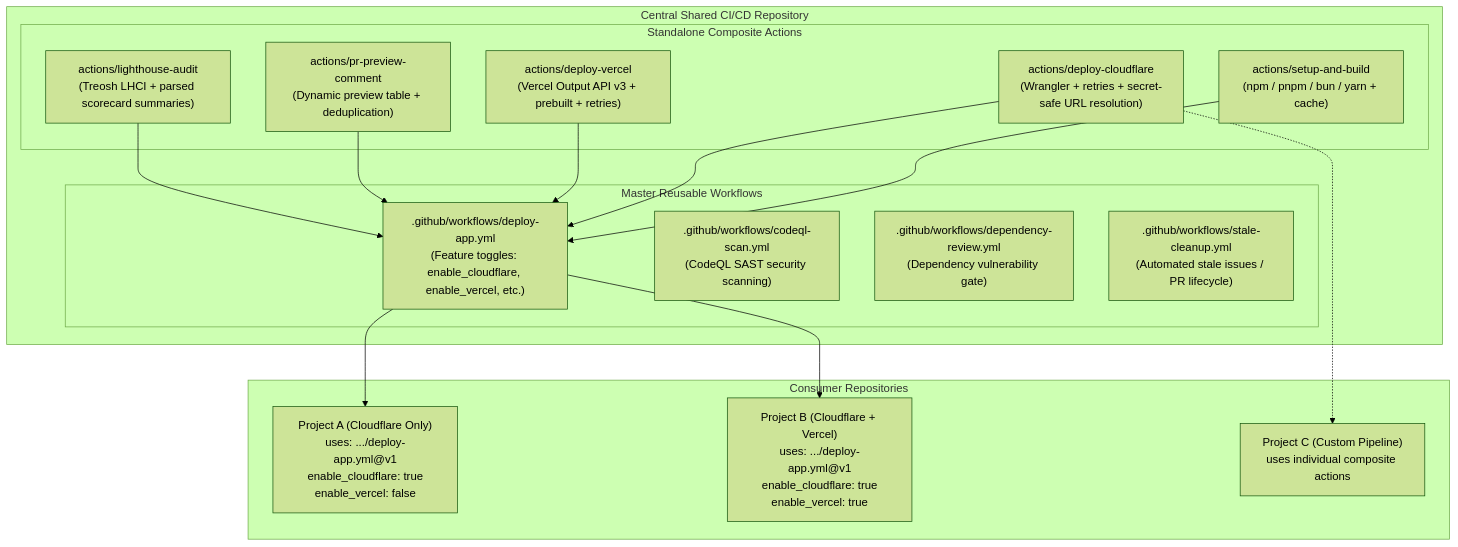
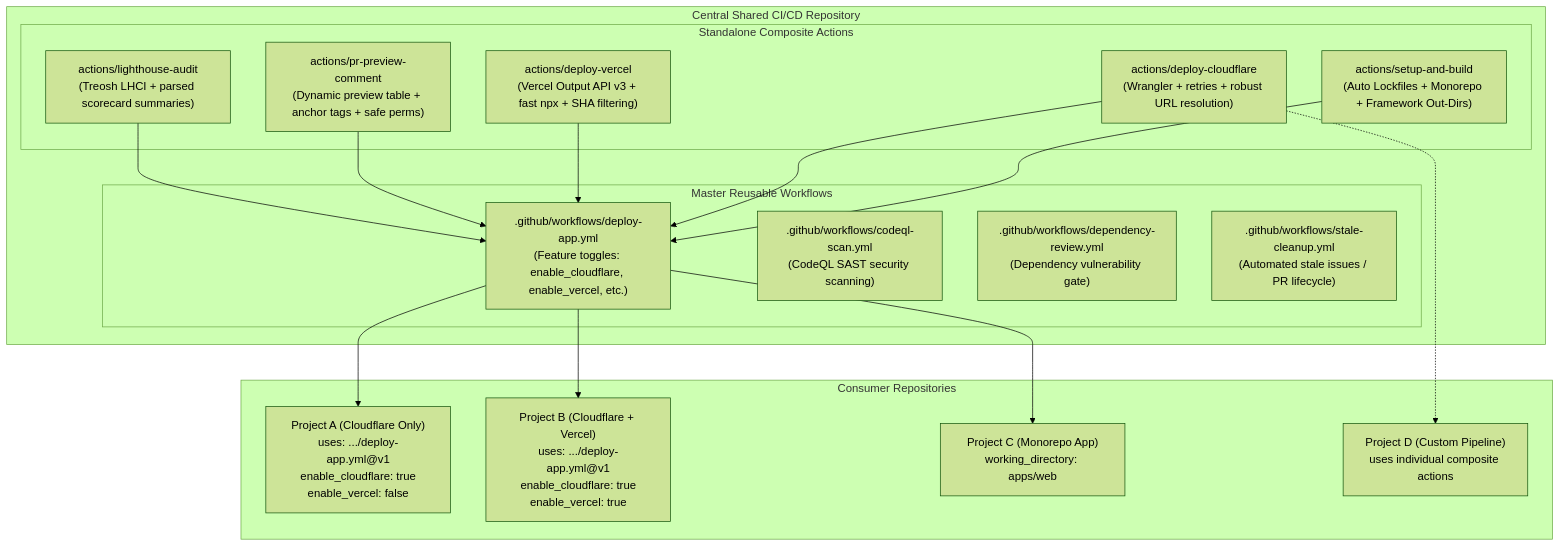
Before and after one commit to LABEIM/Shared-CICD: the diagram in README.md, drawn with Mermaid (forest theme). The commit also changed other lines of this file and 11 other files, not shown here.

````diff
--- a/README.md
+++ b/README.md
@@ -11,35 +11,37 @@
 ```mermaid
 flowchart TD
     subgraph SharedRepo ["Central Shared CI/CD Repository"]
         subgraph Actions ["Standalone Composite Actions"]
-            A1["actions/setup-and-build\n(npm / pnpm / bun / yarn + cache)"]
-            A2["actions/deploy-cloudflare\n(Wrangler + retries + secret-safe URL resolution)"]
-            A3["actions/deploy-vercel\n(Vercel Output API v3 + prebuilt + retries)"]
-            A4["actions/pr-preview-comment\n(Dynamic preview table + deduplication)"]
+            A1["actions/setup-and-build\n(Auto Lockfiles + Monorepo + Framework Out-Dirs)"]
+            A2["actions/deploy-cloudflare\n(Wrangler + retries + robust URL resolution)"]
+            A3["actions/deploy-vercel\n(Vercel Output API v3 + fast npx + SHA filtering)"]
+            A4["actions/pr-preview-comment\n(Dynamic preview table + anchor tags + safe perms)"]
             A5["actions/lighthouse-audit\n(Treosh LHCI + parsed scorecard summaries)"]
         end
 
         subgraph Workflows ["Master Reusable Workflows"]
             W1[".github/workflows/deploy-app.yml\n(Feature toggles: enable_cloudflare, enable_vercel, etc.)"]
             W2[".github/workflows/codeql-scan.yml\n(CodeQL SAST security scanning)"]
             W3[".github/workflows/dependency-review.yml\n(Dependency vulnerability gate)"]
             W4[".github/workflows/stale-cleanup.yml\n(Automated stale issues / PR lifecycle)"]
         end
     end
 
     A1 --> W1
     A2 --> W1
     A3 --> W1
     A4 --> W1
     A5 --> W1
 
     subgraph Downstream ["Consumer Repositories"]
         P1["Project A (Cloudflare Only)\nuses: .../deploy-app.yml@v1\nenable_cloudflare: true\nenable_vercel: false"]
         P2["Project B (Cloudflare + Vercel)\nuses: .../deploy-app.yml@v1\nenable_cloudflare: true\nenable_vercel: true"]
-        P3["Project C (Custom Pipeline)\nuses individual composite actions"]
+        P3["Project C (Monorepo App)\nworking_directory: apps/web"]
+        P4["Project D (Custom Pipeline)\nuses individual composite actions"]
     end
 
     W1 --> P1
     W1 --> P2
-    A2 -.-> P3
+    W1 --> P3
+    A2 -.-> P4
 ```
````
